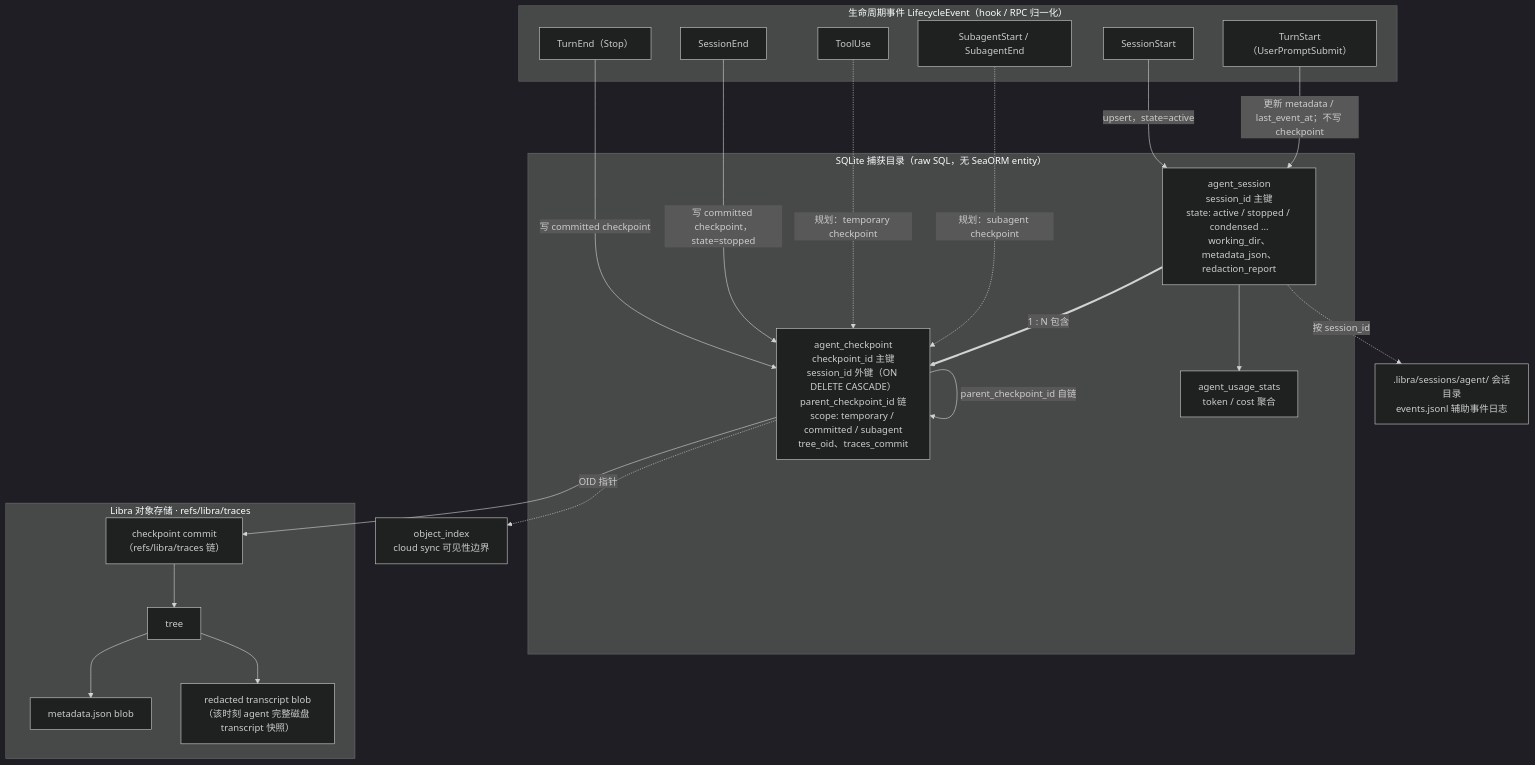
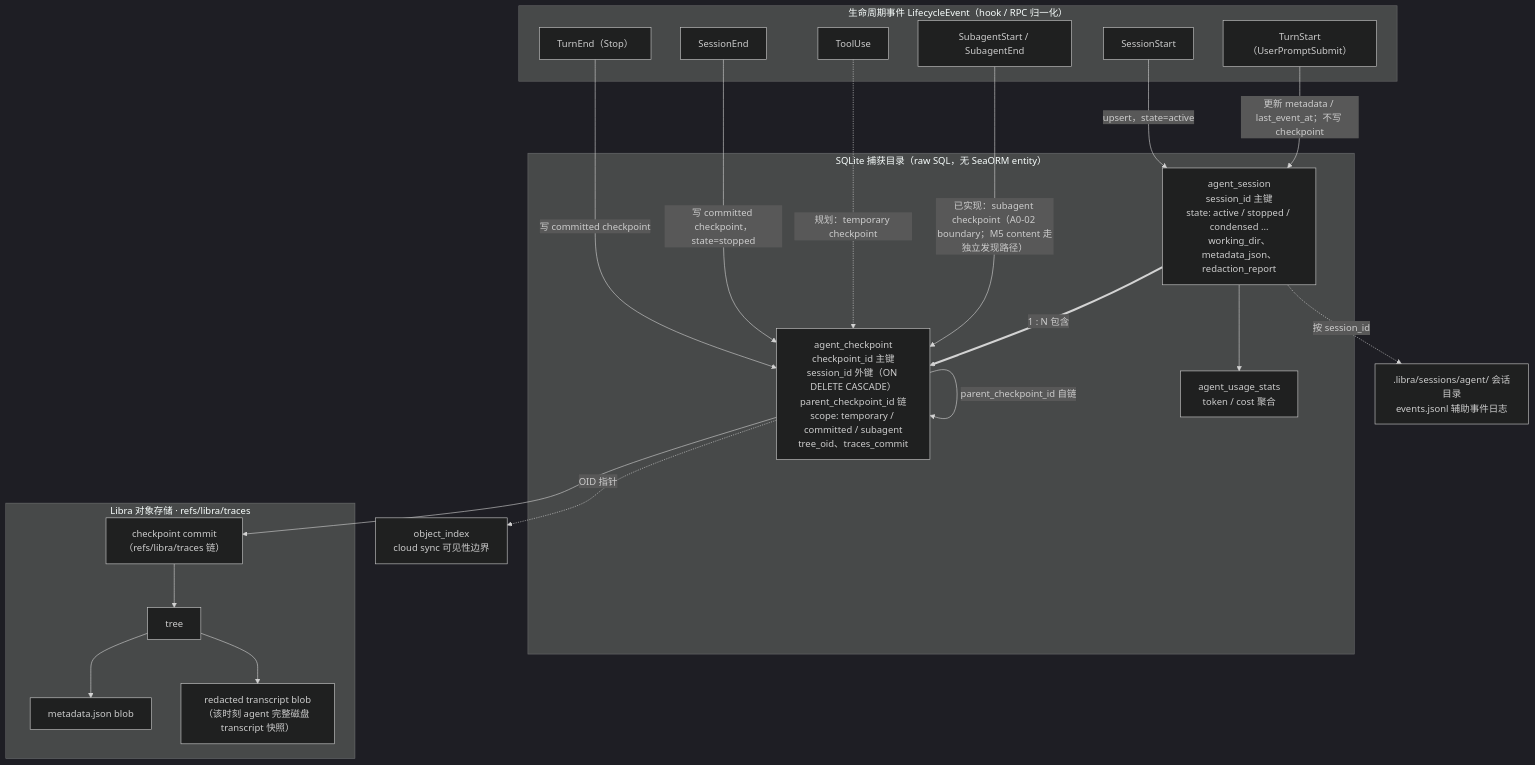
The first of 2 diagrams in docs/development/tracing/agent.md (jjl9807/libra), drawn with Mermaid (dark theme) before and after one commit. The commit also changed other lines of this file and 25 other files, not shown here.

````diff
--- a/docs/development/tracing/agent.md
+++ b/docs/development/tracing/agent.md
@@ -11,44 +11,44 @@
 ```mermaid
 flowchart TD
     subgraph LE["生命周期事件 LifecycleEvent（hook / RPC 归一化）"]
         SS["SessionStart"]
         TS["TurnStart（UserPromptSubmit）"]
         TE["TurnEnd（Stop）"]
         SE["SessionEnd"]
         TU["ToolUse"]
         SAE["SubagentStart / SubagentEnd"]
     end
 
     subgraph CAT["SQLite 捕获目录（raw SQL，无 SeaORM entity）"]
         SESS["agent_session<br/>session_id 主键<br/>state: active / stopped / condensed ...<br/>working_dir、metadata_json、redaction_report"]
         CKPT["agent_checkpoint<br/>checkpoint_id 主键<br/>session_id 外键（ON DELETE CASCADE）<br/>parent_checkpoint_id 链<br/>scope: temporary / committed / subagent<br/>tree_oid、traces_commit"]
         USAGE["agent_usage_stats<br/>token / cost 聚合"]
     end
 
     subgraph OBJ["Libra 对象存储 · refs/libra/traces"]
         COMMIT["checkpoint commit<br/>（refs/libra/traces 链）"]
         TREE["tree"]
         META["metadata.json blob"]
         TXN["redacted transcript blob<br/>（该时刻 agent 完整磁盘 transcript 快照）"]
     end
 
     AUX[".libra/sessions/agent/ 会话目录<br/>events.jsonl 辅助事件日志"]
     OIDX["object_index<br/>cloud sync 可见性边界"]
 
     SS -->|"upsert，state=active"| SESS
     TS -->|"更新 metadata / last_event_at；不写 checkpoint"| SESS
     TE -->|"写 committed checkpoint"| CKPT
     SE -->|"写 committed checkpoint，state=stopped"| CKPT
     TU -.->|"规划：temporary checkpoint"| CKPT
-    SAE -.->|"规划：subagent checkpoint"| CKPT
+    SAE -->|"已实现：subagent checkpoint（A0-02 boundary；M5 content 走独立发现路径）"| CKPT
 
     SESS ==>|"1 : N 包含"| CKPT
     CKPT -->|"parent_checkpoint_id 自链"| CKPT
     CKPT --> COMMIT
     COMMIT --> TREE
     TREE --> META
     TREE --> TXN
     CKPT -.->|"OID 指针"| OIDX
     SESS --> USAGE
     SESS -.->|"按 session_id"| AUX
 ```
````
